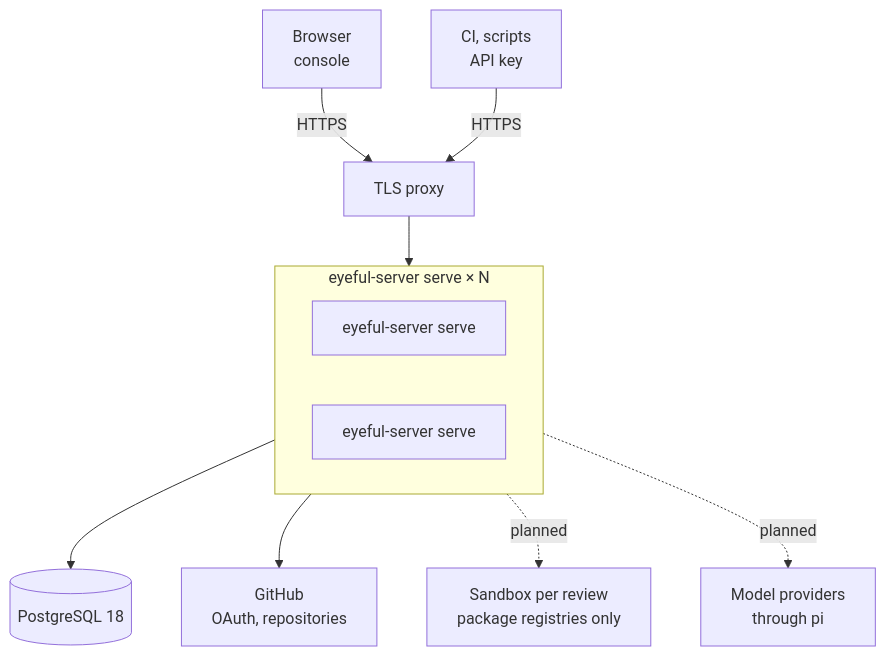
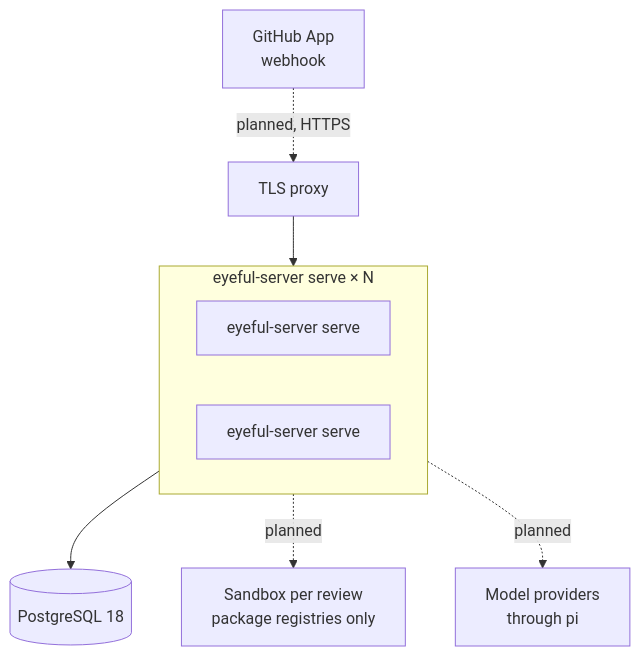
Before and after one commit to Pleasurecruise/eyeful: the first of 2 diagrams in docs/cloud/DEPLOYMENT.md, drawn with Mermaid. The commit also changed other lines of this file and 190 other files, not shown here.

````diff
--- a/docs/cloud/DEPLOYMENT.md
+++ b/docs/cloud/DEPLOYMENT.md
@@ -31,14 +31,12 @@
 ```mermaid
 flowchart TB
-    browser["Browser<br/>console"] -->|HTTPS| proxy["TLS proxy"]
-    scripts["CI, scripts<br/>API key"] -->|HTTPS| proxy
+    gh["GitHub App<br/>webhook"] -.->|planned, HTTPS| proxy["TLS proxy"]
     proxy --> servers
     subgraph servers["eyeful-server serve × N"]
         s1["eyeful-server serve"]
         s2["eyeful-server serve"]
     end
     servers --> pg[("PostgreSQL 18")]
-    servers --> gh["GitHub<br/>OAuth, repositories"]
     servers -.->|planned| sandbox["Sandbox per review<br/>package registries only"]
     servers -.->|planned| models["Model providers<br/>through pi"]
 ```
````
